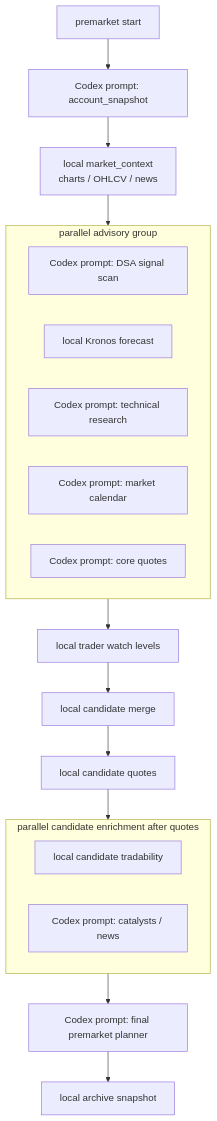
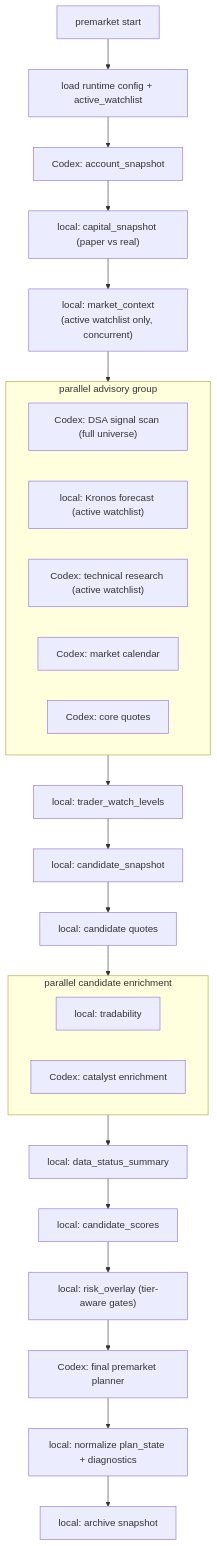
The second of 2 diagrams in README.md (poi233/robinhood-codex-agent), drawn with Mermaid before and after one commit. The commit also changed other lines of this file and 4 other files, not shown here.

First line of the commit message:
Rewrite README and reorganize docs into status + roadmap

````diff
--- a/README.md
+++ b/README.md
@@ -67,27 +88,33 @@
 ```mermaid
 flowchart TD
-    Start["premarket start"] --> Account["Codex prompt: account_snapshot"]
-    Account --> MarketContext["local market_context<br/>charts / OHLCV / news"]
+    Start["premarket start"] --> Config["load runtime config + active_watchlist"]
+    Config --> Account["Codex: account_snapshot"]
+    Account --> Capital["local: capital_snapshot (paper vs real)"]
+    Capital --> MarketContext["local: market_context<br/>(active watchlist only, concurrent)"]
 
     MarketContext --> G1
     subgraph G1["parallel advisory group"]
-        DSA["Codex prompt: DSA signal scan"]
-        Kronos["local Kronos forecast"]
-        Technical["Codex prompt: technical research"]
-        Calendar["Codex prompt: market calendar"]
-        CoreQuotes["Codex prompt: core quotes"]
+        DSA["Codex: DSA signal scan (full universe)"]
+        Kronos["local: Kronos forecast (active watchlist)"]
+        Technical["Codex: technical research (active watchlist)"]
+        Calendar["Codex: market calendar"]
+        CoreQuotes["Codex: core quotes"]
     end
 
-    G1 --> TraderLevels["local trader watch levels"]
-    TraderLevels --> CandidateMerge["local candidate merge"]
+    G1 --> TraderLevels["local: trader_watch_levels"]
+    TraderLevels --> CandidateMerge["local: candidate_snapshot"]
+    CandidateMerge --> CandidateQuotes["local: candidate quotes"]
 
-    CandidateMerge --> CandidateQuotes["local candidate quotes"]
     CandidateQuotes --> G2
-    subgraph G2["parallel candidate enrichment after quotes"]
-        Tradability["local candidate tradability"]
-        Catalysts["Codex prompt: catalysts / news"]
+    subgraph G2["parallel candidate enrichment"]
+        Tradability["local: tradability"]
+        Catalysts["Codex: catalyst enrichment"]
     end
 
-    G2 --> FinalPlanner["Codex prompt: final premarket planner"]
-    FinalPlanner --> Archive["local archive snapshot"]
+    G2 --> DataStatus["local: data_status_summary"]
+    DataStatus --> Scoring["local: candidate_scores"]
+    Scoring --> RiskOverlay["local: risk_overlay (tier-aware gates)"]
+    RiskOverlay --> FinalPlanner["Codex: final premarket planner"]
+    FinalPlanner --> Normalize["local: normalize plan_state + diagnostics"]
+    Normalize --> Archive["local: archive snapshot"]
 ```
````
